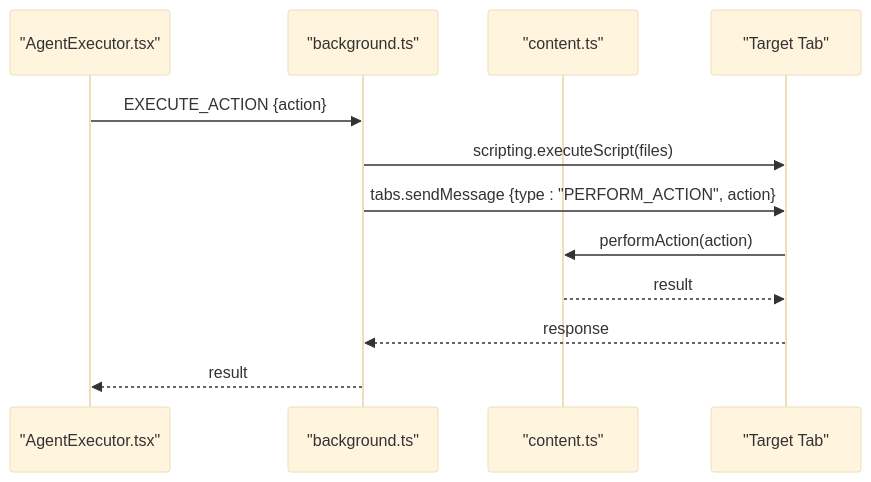
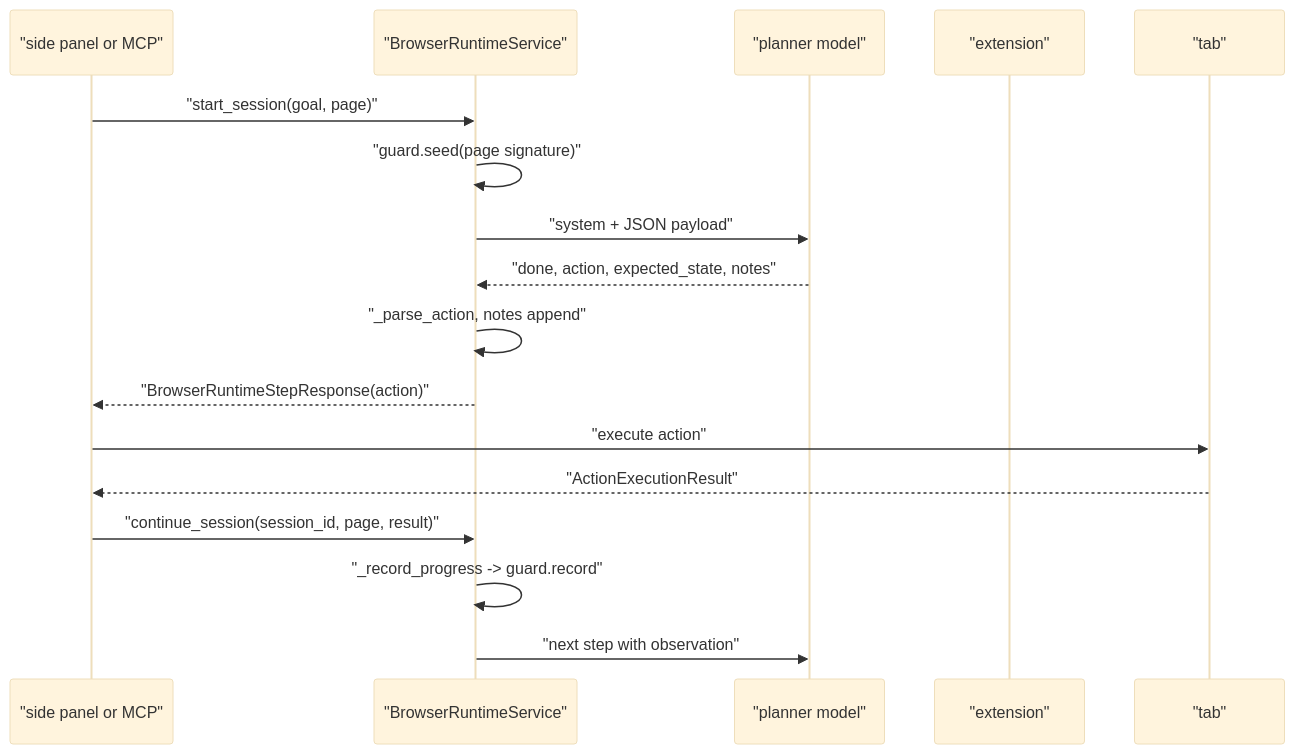
Before and after one commit to tashifkhan/tashif.codes: the fourth of 8 diagrams in src/data/docs/agentic-browser/System Architecture/Component Interactions and Data Flow.md, drawn with Mermaid (base theme). The commit also changed other lines of this file and 114 other files, not shown here.

````diff
--- a/src/data/docs/agentic-browser/System Architecture/Component Interactions and Data Flow.md
+++ b/src/data/docs/agentic-browser/System Architecture/Component Interactions and Data Flow.md
@@ -164,14 +117,19 @@
 ```mermaid
 sequenceDiagram
-participant UI as "AgentExecutor.tsx"
-participant BG as "background.ts"
-participant CT as "content.ts"
-participant TAB as "Target Tab"
-UI->>BG : EXECUTE_ACTION {action}
-BG->>TAB : scripting.executeScript(files)
-BG->>TAB : tabs.sendMessage {type : "PERFORM_ACTION", action}
-TAB->>CT : performAction(action)
-CT-->>TAB : result
-TAB-->>BG : response
-BG-->>UI : result
+  participant Client as "side panel or MCP"
+  participant Runtime as "BrowserRuntimeService"
+  participant LLM as "planner model"
+  participant Ext as "extension"
+  participant Tab as "tab"
+  Client->>Runtime: "start_session(goal, page)"
+  Runtime->>Runtime: "guard.seed(page signature)"
+  Runtime->>LLM: "system + JSON payload"
+  LLM-->>Runtime: "done, action, expected_state, notes"
+  Runtime->>Runtime: "_parse_action, notes append"
+  Runtime-->>Client: "BrowserRuntimeStepResponse(action)"
+  Client->>Tab: "execute action"
+  Tab-->>Client: "ActionExecutionResult"
+  Client->>Runtime: "continue_session(session_id, page, result)"
+  Runtime->>Runtime: "_record_progress -> guard.record"
+  Runtime->>LLM: "next step with observation"
 ```
````
